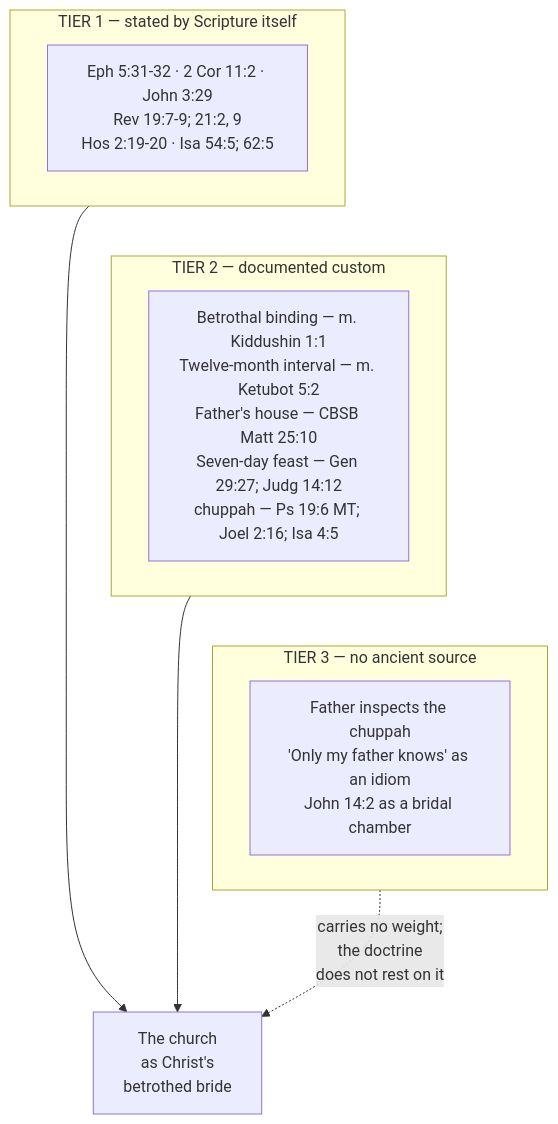
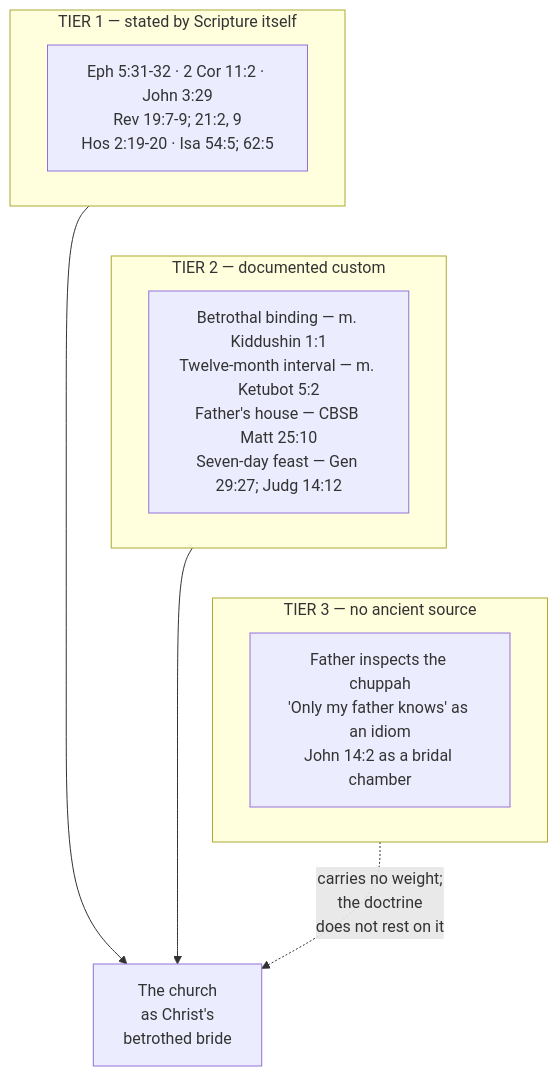
The fourth of 4 diagrams in docs/content/israel-and-church/bride-of-christ.md (ding0t/bible_studies), drawn with Mermaid before and after one commit. The commit also changed other lines of this file and 29 other files, not shown here.

````diff
--- a/docs/content/israel-and-church/bride-of-christ.md
+++ b/docs/content/israel-and-church/bride-of-christ.md
@@ -1174,16 +829,16 @@
 ```mermaid
 flowchart TD
     subgraph T1["TIER 1 — stated by Scripture itself"]
       A1["Eph 5:31-32 · 2 Cor 11:2 · John 3:29<br/>Rev 19:7-9; 21:2, 9<br/>Hos 2:19-20 · Isa 54:5; 62:5"]
     end
     subgraph T2["TIER 2 — documented custom"]
-      A2["Betrothal binding — m. Kiddushin 1:1<br/>Twelve-month interval — m. Ketubot 5:2<br/>Father's house — CBSB Matt 25:10<br/>Seven-day feast — Gen 29:27; Judg 14:12<br/>chuppah — Ps 19:6 MT; Joel 2:16; Isa 4:5"]
+      A2["Betrothal binding — m. Kiddushin 1:1<br/>Twelve-month interval — m. Ketubot 5:2<br/>Father's house — CBSB Matt 25:10<br/>Seven-day feast — Gen 29:27; Judg 14:12"]
     end
     subgraph T3["TIER 3 — no ancient source"]
       A3["Father inspects the chuppah<br/>'Only my father knows' as an idiom<br/>John 14:2 as a bridal chamber"]
     end
     T1 ~~~ T2 ~~~ T3
     T1 --> C["The church<br/>as Christ's<br/>betrothed bride"]
     T2 --> C
     T3 -.->|"carries no weight;<br/>the doctrine<br/>does not rest on it"| C
 ```
````
